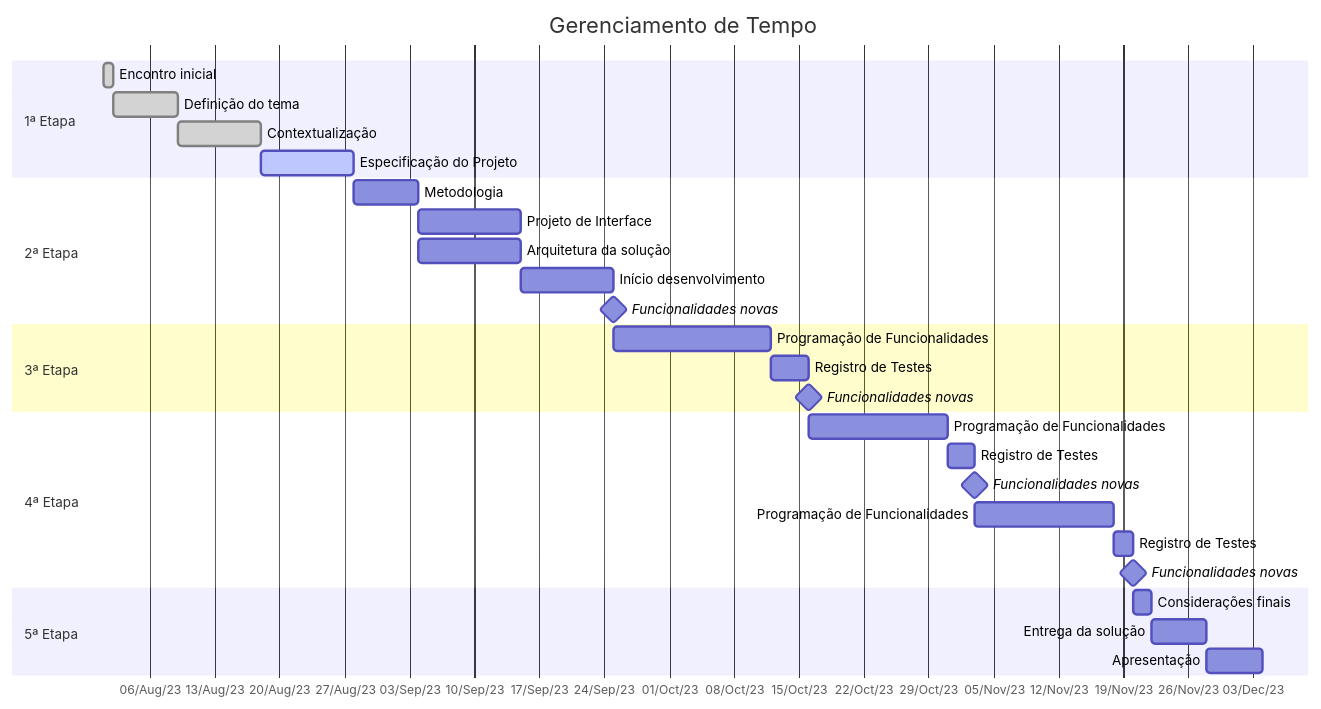
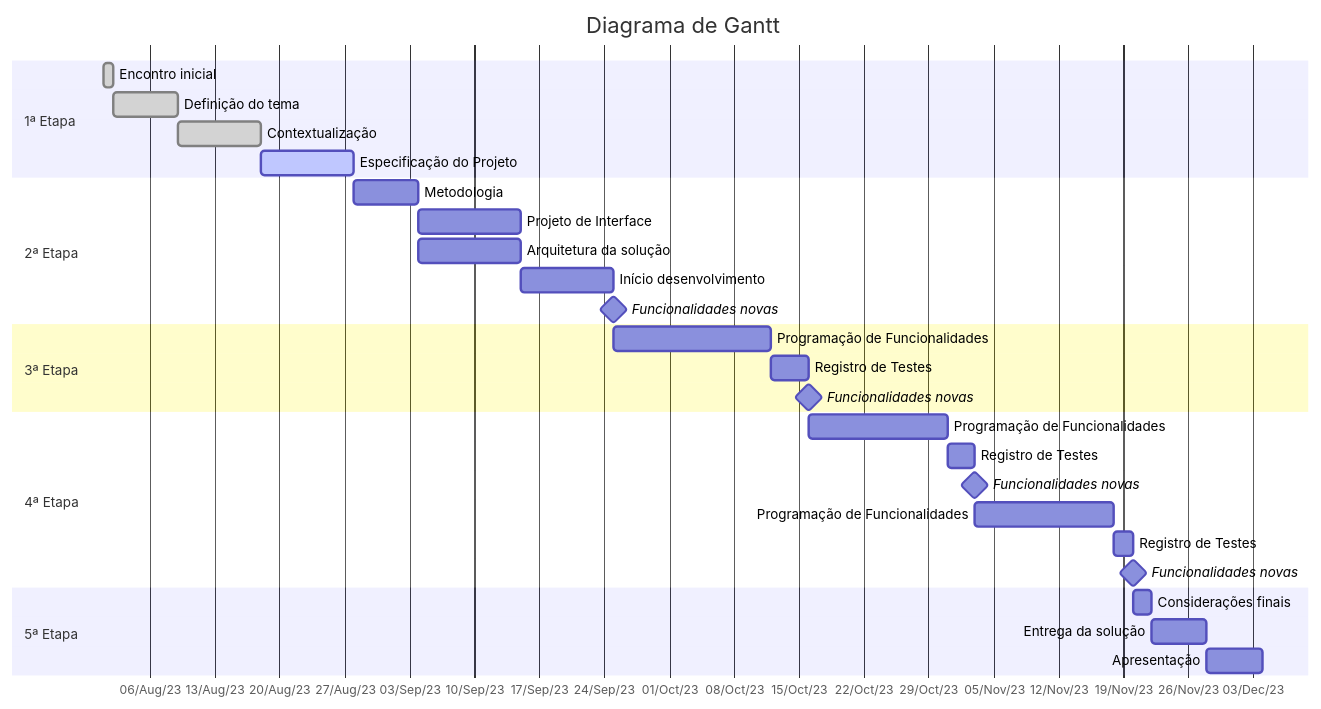
The second of 2 diagrams in docs/02-Especificação do Projeto.md (ICEI-PUC-Minas-PMV-ADS/pmv-ads-2023-2-e3-proj-mov-t3-time4-fit), drawn with Mermaid before and after one commit. The commit also changed other lines of this file, not shown here.

Commit message:
Update 02-Especificação do Projeto.md

````diff
--- a/docs/02-Especificação do Projeto.md
+++ b/docs/02-Especificação do Projeto.md
@@ -164,38 +164,38 @@
 ```mermaid
 gantt
-    title Gerenciamento de Tempo
+    title Diagrama de Gantt
     todayMarker off
     dateFormat  YYYY-MMM-DD
     axisFormat %d/%b/%y
 
     section 1ª Etapa
     Encontro inicial :done, 2023-08-01, 1d
     Definição do tema     :done, 7d
     Contextualização    :done, 9d
     Especificação do Projeto   :active, 10d
 
     section 2ª Etapa
     Metodologia      :a1, 2023-08-28  , 7d
     Projeto de Interface    :after a1, 11d
     Arquitetura da solução :after a1, 11d 
     Início desenvolvimento : 10d
     Funcionalidades novas  :milestone, 2023-09-25, 0d 
 
     section 3ª Etapa
     Programação de Funcionalidades : 2023-09-25  , 17d
     Registro de Testes      :4d
     Funcionalidades novas  :milestone, 2023-10-16, 0d 
 
     section 4ª Etapa
     Programação de Funcionalidades :2023-10-16  , 15d
     Registro de Testes      :3d
     Funcionalidades novas  :milestone, 0d 
     Programação de Funcionalidades :15d
     Registro de Testes      :2d
     Funcionalidades novas  :milestone, 0d
 
     section 5ª Etapa
     Considerações finais  :2023-11-20  , 2d
     Entrega da solução :6d
     Apresentação :6d
 ```
````
